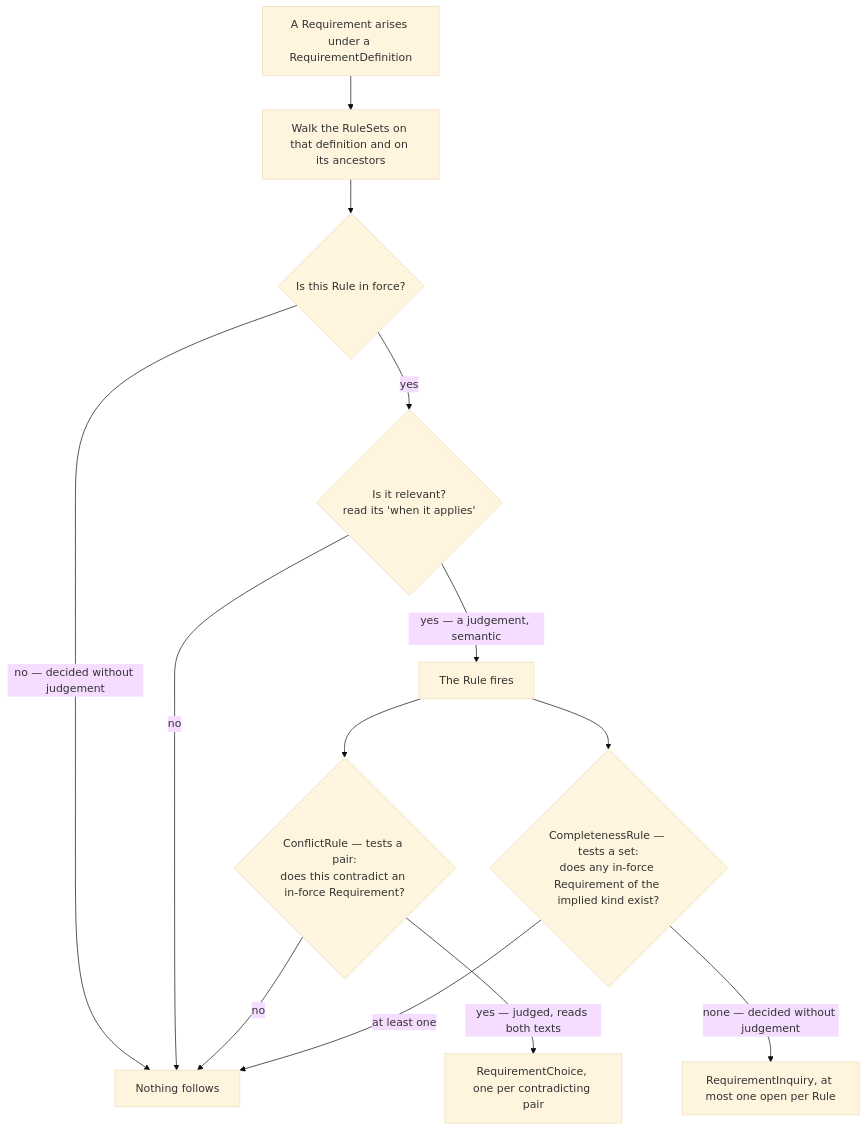
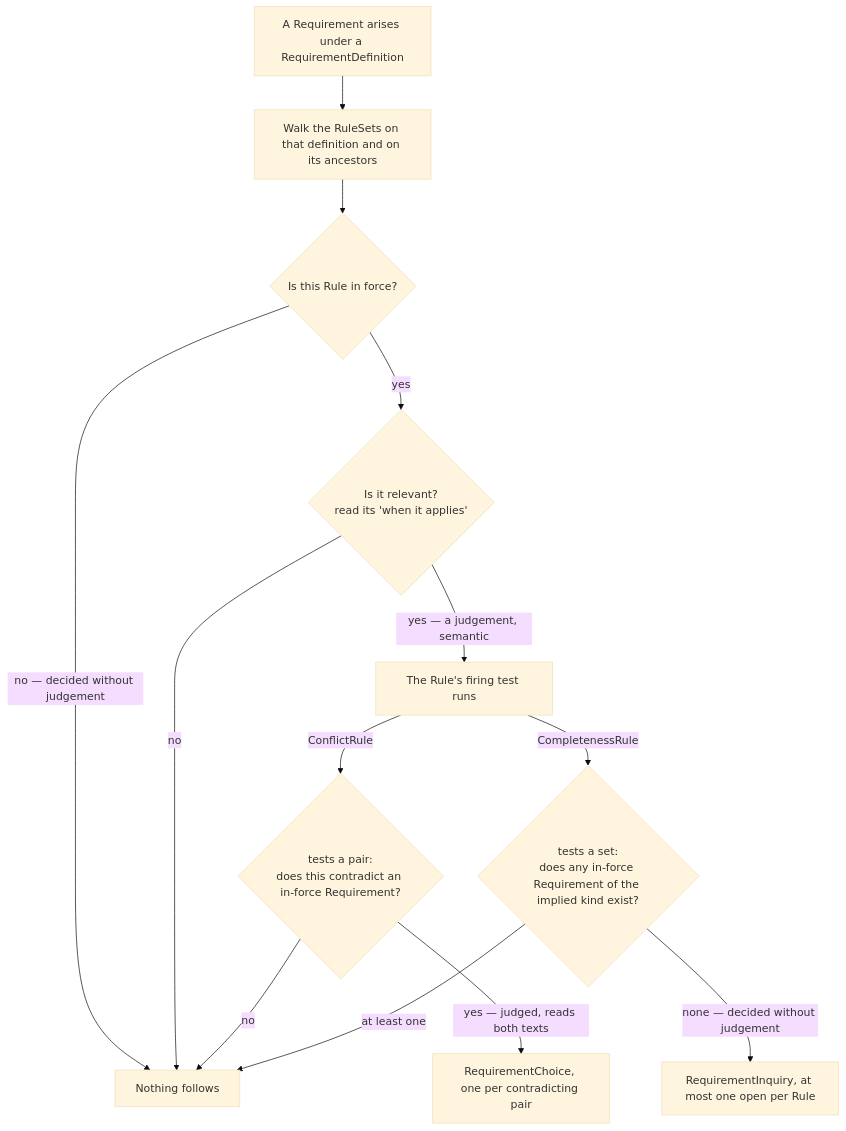
The third of 3 diagrams in spec/03-project-lifecycle-model.md (szantob/ProjectML), drawn with Mermaid (base theme) before and after one commit. The commit also changed other lines of this file, not shown here.

First line of the commit message:
Sharpen the walk's two steps: they happen to a rule in force

````diff
--- a/spec/03-project-lifecycle-model.md
+++ b/spec/03-project-lifecycle-model.md
@@ -372,16 +372,16 @@
 ```mermaid
 flowchart TD
     A["A Requirement arises under a RequirementDefinition"]
     A --> B["Walk the RuleSets on that definition and on its ancestors"]
     B --> S{"Is this Rule in force?"}
     S -->|"no — decided without judgement"| Z["Nothing follows"]
     S -->|"yes"| C{"Is it relevant?<br/>read its 'when it applies'"}
     C -->|"no"| Z
-    C -->|"yes — a judgement, semantic"| D["The Rule fires"]
-    D --> E{"ConflictRule — tests a pair:<br/>does this contradict an in-force Requirement?"}
-    D --> F{"CompletenessRule — tests a set:<br/>does any in-force Requirement of the implied kind exist?"}
+    C -->|"yes — a judgement, semantic"| D["The Rule's firing test runs"]
+    D -->|"ConflictRule"| E{"tests a pair:<br/>does this contradict an in-force Requirement?"}
+    D -->|"CompletenessRule"| F{"tests a set:<br/>does any in-force Requirement of the implied kind exist?"}
     E -->|"no"| Z
     E -->|"yes — judged, reads both texts"| G["RequirementChoice, one per contradicting pair"]
     F -->|"at least one"| Z
     F -->|"none — decided without judgement"| H["RequirementInquiry, at most one open per Rule"]
 ```
````
